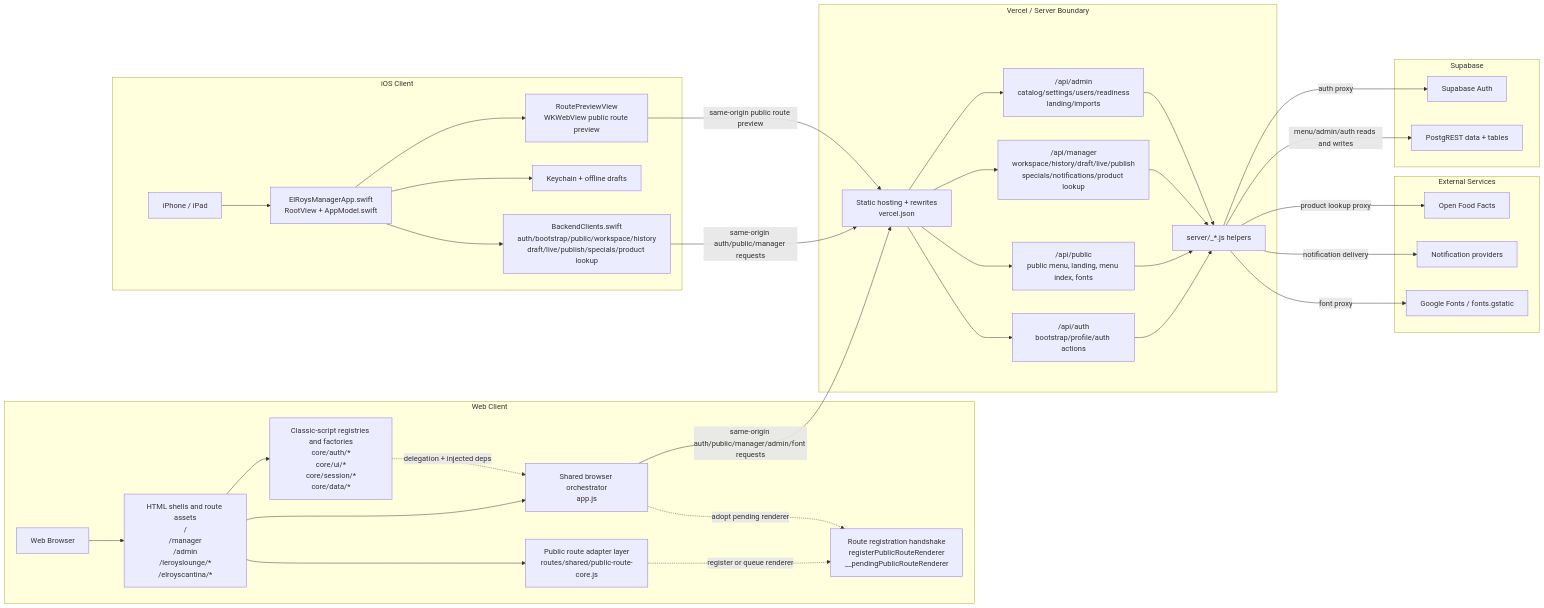
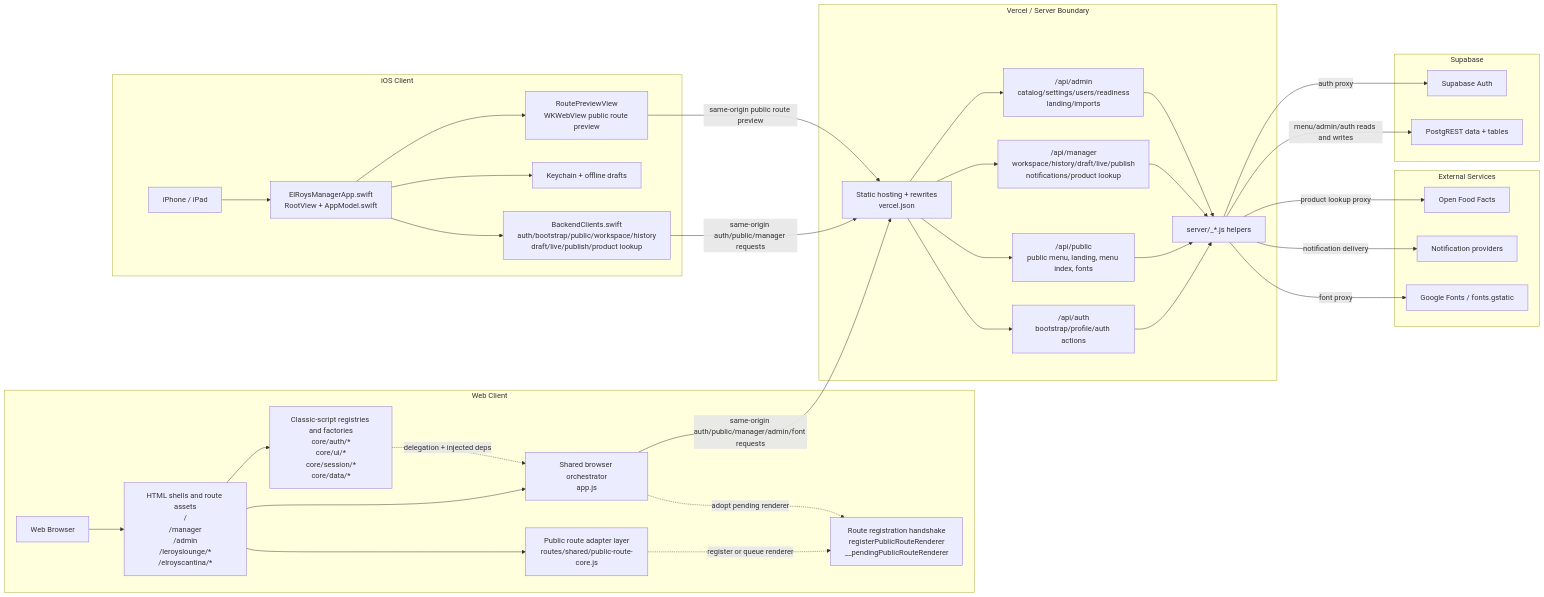
The diagram in docs/architecture/current-flowchart.md (stiehl122/El-Roys-Drink-Menu), drawn with Mermaid before and after one commit. The commit also changed other lines of this file and 2 other files, not shown here.

Commit message:
Update featured specials docs and verification test

````diff
--- a/docs/architecture/current-flowchart.md
+++ b/docs/architecture/current-flowchart.md
@@ -24,69 +24,69 @@
 ```mermaid
 flowchart LR
   Browser["Web Browser"]
   Phone["iPhone / iPad"]
 
   subgraph Web["Web Client"]
     WebShells["HTML shells and route assets<br/>/<br/>/manager<br/>/admin<br/>/leroyslounge/*<br/>/elroyscantina/*"]
     WebModules["Classic-script registries and factories<br/>core/auth/*<br/>core/ui/*<br/>core/session/*<br/>core/data/*"]
     RouteCore["Public route adapter layer<br/>routes/shared/public-route-core.js"]
     RouteHandshake["Route registration handshake<br/>registerPublicRouteRenderer<br/>__pendingPublicRouteRenderer"]
     WebRuntime["Shared browser orchestrator<br/>app.js"]
     Browser --> WebShells
     WebShells --> WebModules
     WebShells --> WebRuntime
     WebShells --> RouteCore
     WebModules -.delegation + injected deps.-> WebRuntime
     RouteCore -.register or queue renderer.-> RouteHandshake
     WebRuntime -.adopt pending renderer.-> RouteHandshake
   end
 
   subgraph IOS["iOS Client"]
     IOSApp["ElRoysManagerApp.swift<br/>RootView + AppModel.swift"]
-    IOSClients["BackendClients.swift<br/>auth/bootstrap/public/workspace/history<br/>draft/live/publish/specials/product lookup"]
+    IOSClients["BackendClients.swift<br/>auth/bootstrap/public/workspace/history<br/>draft/live/publish/product lookup"]
     IOSLocal["Keychain + offline drafts"]
     IOSPreview["RoutePreviewView<br/>WKWebView public route preview"]
     Phone --> IOSApp
     IOSApp --> IOSClients
     IOSApp --> IOSLocal
     IOSApp --> IOSPreview
   end
 
   subgraph Server["Vercel / Server Boundary"]
     Vercel["Static hosting + rewrites<br/>vercel.json"]
     AuthAPI["/api/auth<br/>bootstrap/profile/auth actions"]
     PublicAPI["/api/public<br/>public menu, landing, menu index, fonts"]
-    ManagerAPI["/api/manager<br/>workspace/history/draft/live/publish<br/>specials/notifications/product lookup"]
+    ManagerAPI["/api/manager<br/>workspace/history/draft/live/publish<br/>notifications/product lookup"]
     AdminAPI["/api/admin<br/>catalog/settings/users/readiness<br/>landing/imports"]
     Helpers["server/_*.js helpers"]
     Vercel --> AuthAPI
     Vercel --> PublicAPI
     Vercel --> ManagerAPI
     Vercel --> AdminAPI
     AuthAPI --> Helpers
     PublicAPI --> Helpers
     ManagerAPI --> Helpers
     AdminAPI --> Helpers
   end
 
   subgraph Supabase["Supabase"]
     SBA["Supabase Auth"]
     SBD["PostgREST data + tables"]
   end
 
   subgraph External["External Services"]
     OFF["Open Food Facts"]
     Notify["Notification providers"]
     Fonts["Google Fonts / fonts.gstatic"]
   end
 
   WebRuntime -->|same-origin auth/public/manager/admin/font requests| Vercel
   IOSClients -->|same-origin auth/public/manager requests| Vercel
   IOSPreview -->|same-origin public route preview| Vercel
 
   Helpers -->|auth proxy| SBA
   Helpers -->|menu/admin/auth reads and writes| SBD
   Helpers -->|product lookup proxy| OFF
   Helpers -->|notification delivery| Notify
   Helpers -->|font proxy| Fonts
 ```
````
